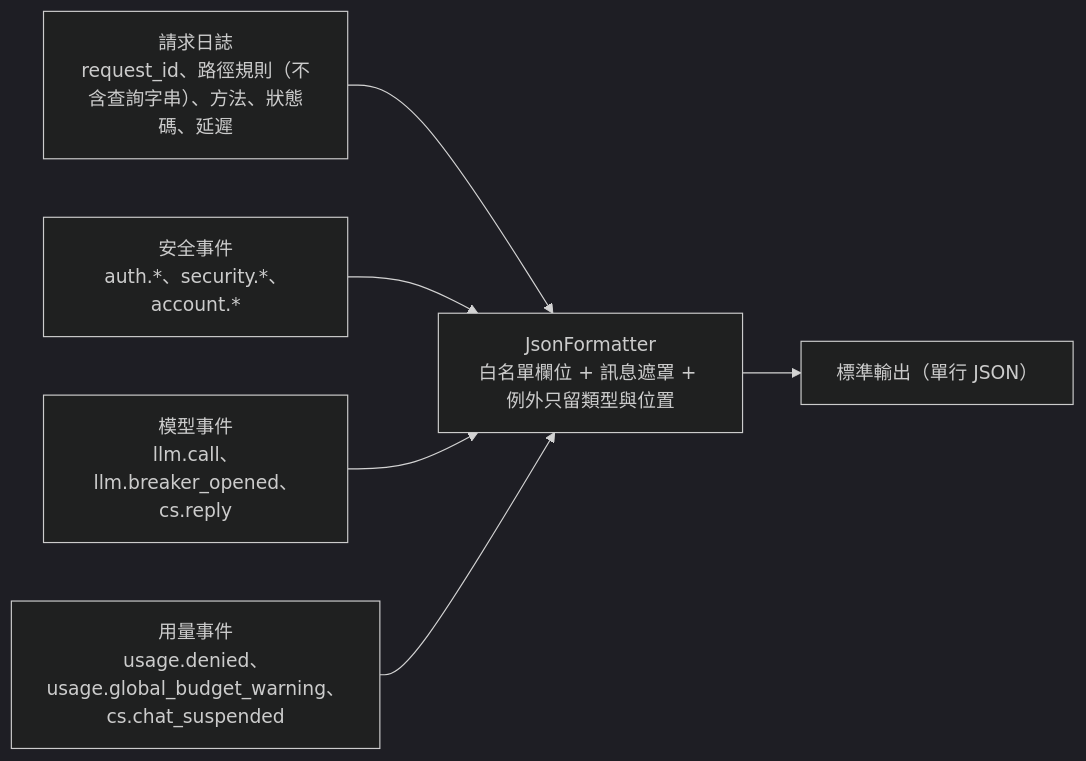
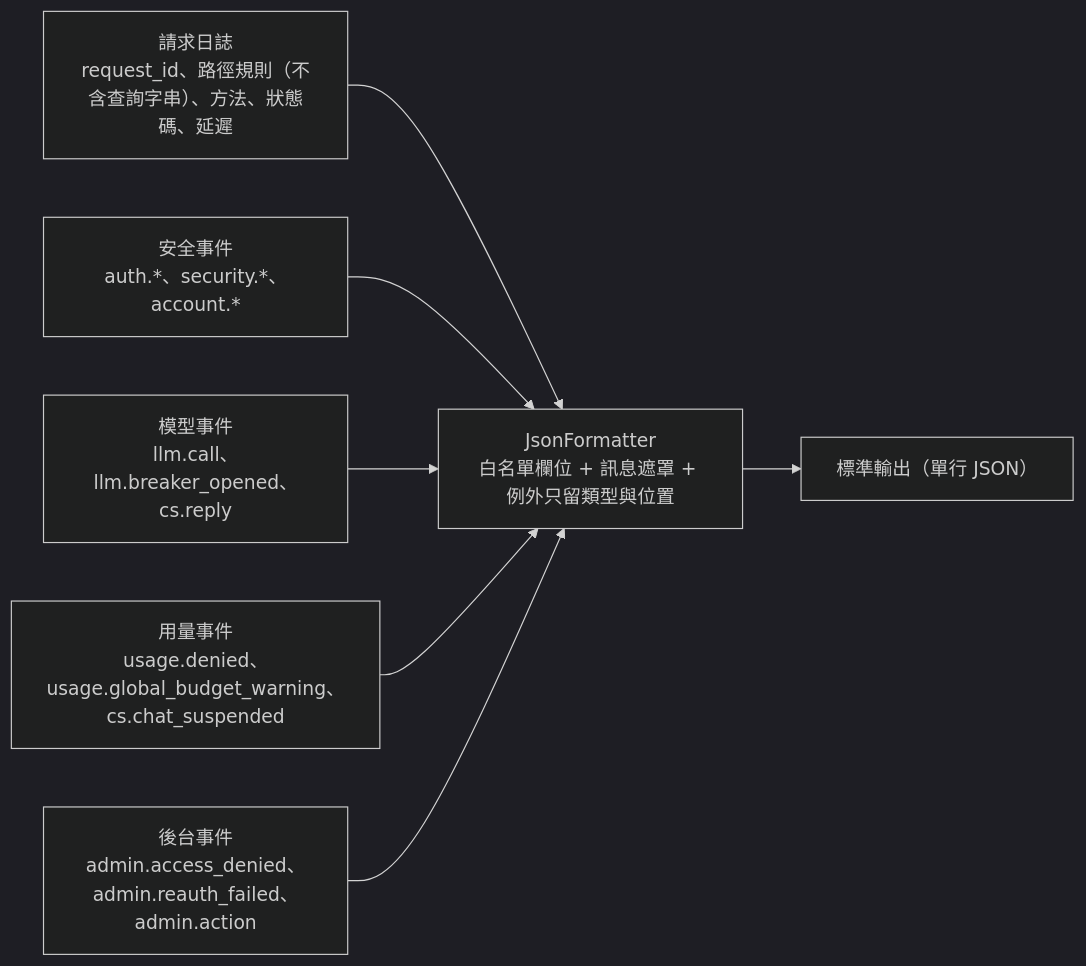
The fourth of 5 diagrams in docs/營運與部署-operations.md (pp466pp466/R.A.C), drawn with Mermaid (dark theme) before and after one commit. The commit also changed other lines of this file and 54 other files, not shown here.

````diff
--- a/docs/營運與部署-operations.md
+++ b/docs/營運與部署-operations.md
@@ -69,8 +69,9 @@
 ```mermaid
 flowchart LR
     Req["請求日誌<br/>request_id、路徑規則（不含查詢字串）、方法、狀態碼、延遲"] --> Fmt
     Sec["安全事件<br/>auth.*、security.*、account.*"] --> Fmt
     Llm["模型事件<br/>llm.call、llm.breaker_opened、cs.reply"] --> Fmt
     Use["用量事件<br/>usage.denied、usage.global_budget_warning、cs.chat_suspended"] --> Fmt
+    Adm["後台事件<br/>admin.access_denied、admin.reauth_failed、admin.action"] --> Fmt
     Fmt["JsonFormatter<br/>白名單欄位 + 訊息遮罩 + 例外只留類型與位置"] --> Out["標準輸出（單行 JSON）"]
 ```
````
